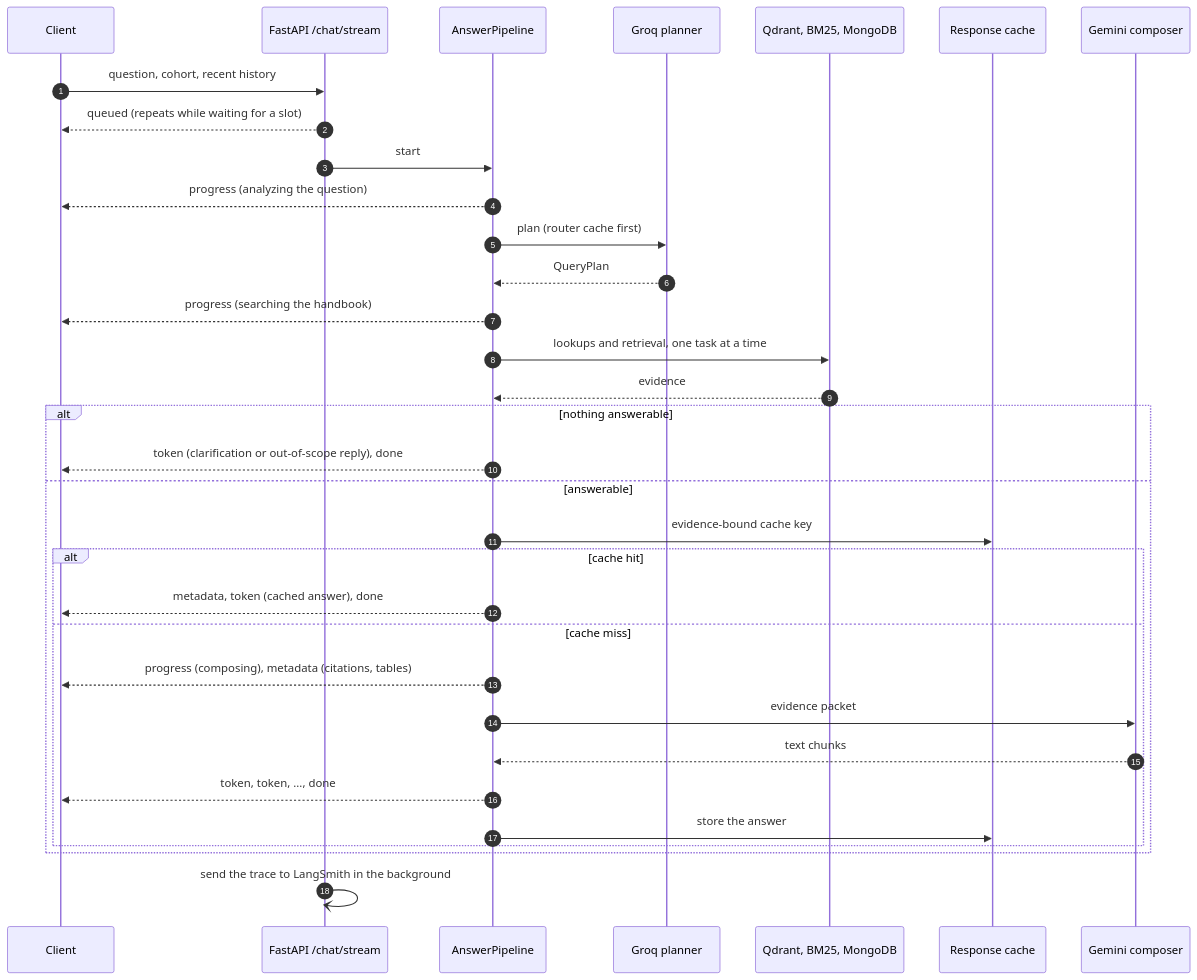
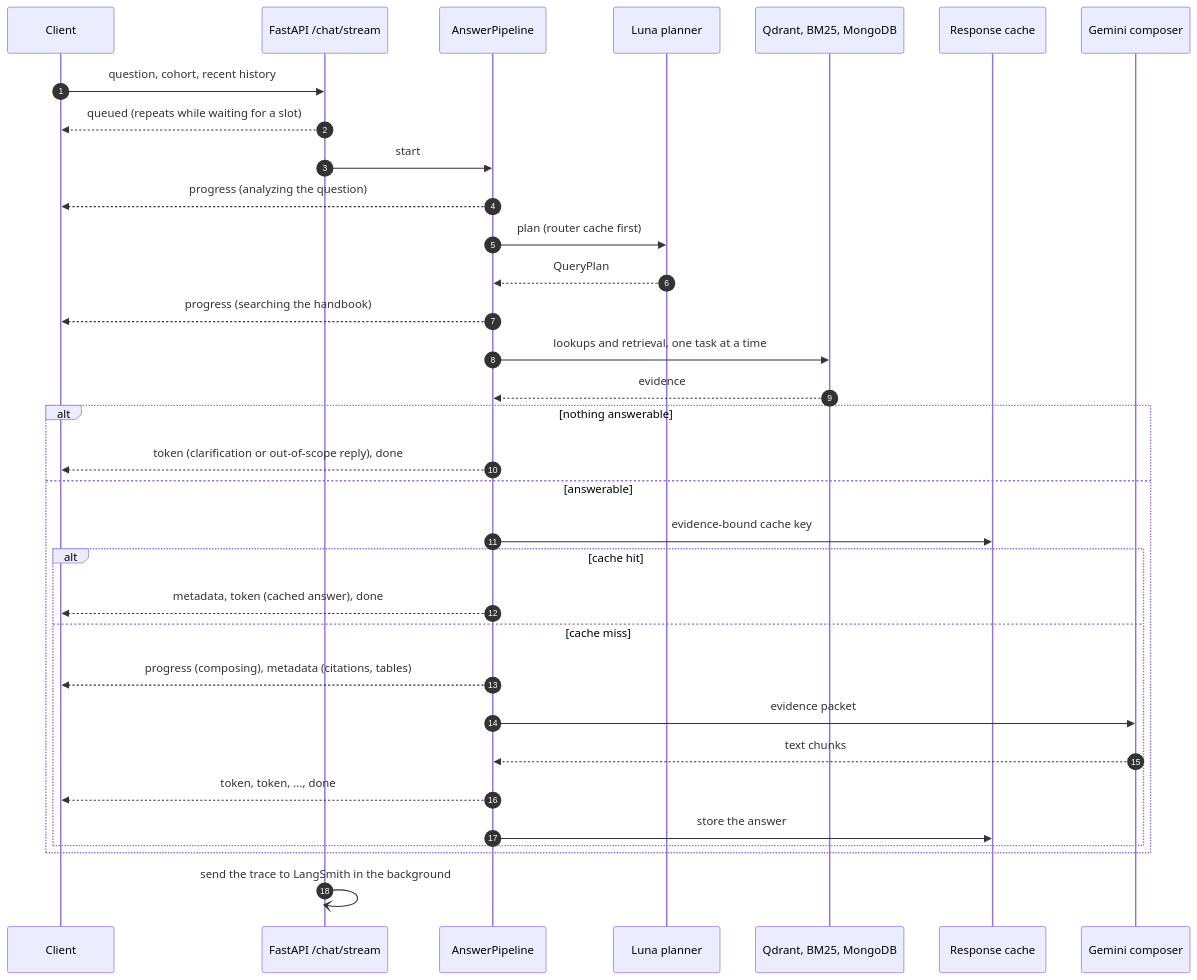
The sixth of 7 diagrams in README.md (AnhPhiNe/student-handbook-rag-chatbot), drawn with Mermaid before and after one commit. The commit also changed other lines of this file and 24 other files, not shown here.

````diff
--- a/README.md
+++ b/README.md
@@ -308,35 +308,35 @@
 ```mermaid
 sequenceDiagram
     autonumber
     participant C as Client
     participant A as FastAPI /chat/stream
     participant P as AnswerPipeline
-    participant G as Groq planner
+    participant G as Luna planner
     participant S as Qdrant, BM25, MongoDB
     participant R as Response cache
     participant M as Gemini composer
     C->>A: question, cohort, recent history
     A-->>C: queued (repeats while waiting for a slot)
     A->>P: start
     P-->>C: progress (analyzing the question)
     P->>G: plan (router cache first)
     G-->>P: QueryPlan
     P-->>C: progress (searching the handbook)
     P->>S: lookups and retrieval, one task at a time
     S-->>P: evidence
     alt nothing answerable
         P-->>C: token (clarification or out-of-scope reply), done
     else answerable
         P->>R: evidence-bound cache key
         alt cache hit
             P-->>C: metadata, token (cached answer), done
         else cache miss
             P-->>C: progress (composing), metadata (citations, tables)
             P->>M: evidence packet
             M-->>P: text chunks
             P-->>C: token, token, ..., done
             P->>R: store the answer
         end
     end
     A-)A: send the trace to LangSmith in the background
 ```
````
